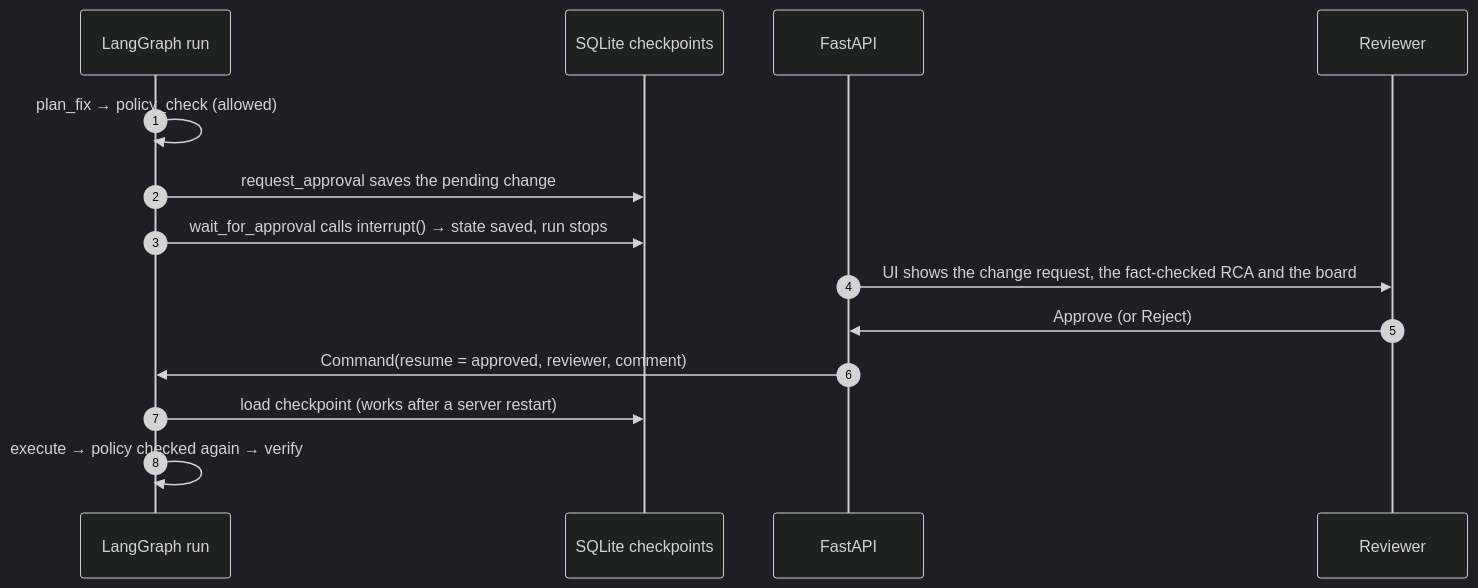
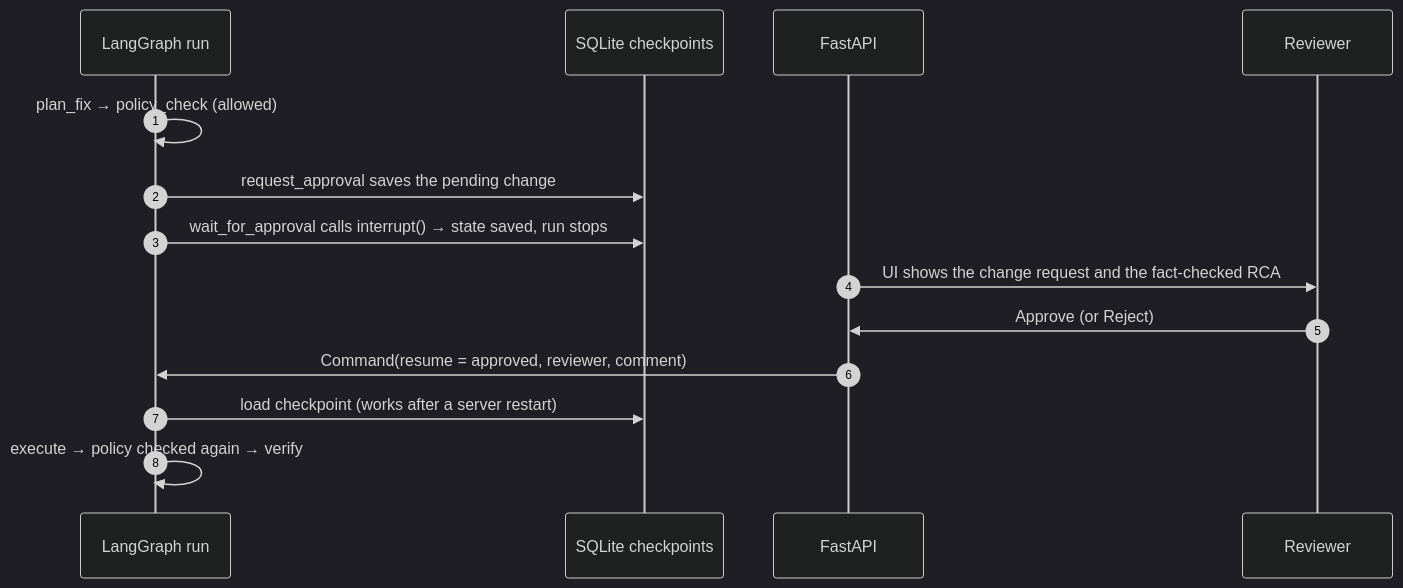
Before and after one commit to umangbagadi03/incidentpilot: the second of 4 diagrams in README.md, drawn with Mermaid (dark theme). The commit also changed other lines of this file and 7 other files, not shown here.

````diff
--- a/README.md
+++ b/README.md
@@ -100,16 +100,16 @@
 ```mermaid
 sequenceDiagram
     autonumber
     participant G as LangGraph run
     participant DB as SQLite checkpoints
     participant API as FastAPI
     participant H as Reviewer
     G->>G: plan_fix → policy_check (allowed)
     G->>DB: request_approval saves the pending change
     G->>DB: wait_for_approval calls interrupt() → state saved, run stops
-    API->>H: UI shows the change request, the fact-checked RCA and the board
+    API->>H: UI shows the change request and the fact-checked RCA
     H->>API: Approve (or Reject)
     API->>G: Command(resume = approved, reviewer, comment)
     G->>DB: load checkpoint (works after a server restart)
     G->>G: execute → policy checked again → verify
 ```
````
